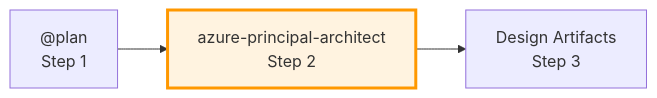
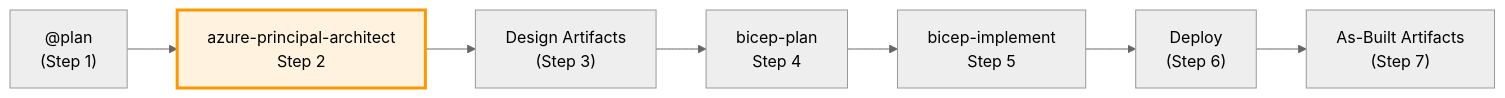
The diagram in .github/agents/azure-principal-architect.agent.md (jonathan-vella/azure-agentic-infraops), drawn with Mermaid before and after one commit. The commit also changed other lines of this file and 5 other files, not shown here.

````diff
--- a/.github/agents/azure-principal-architect.agent.md
+++ b/.github/agents/azure-principal-architect.agent.md
@@ -79,6 +285,11 @@
 ```mermaid
+%%{init: {'theme':'neutral'}}%%
 graph LR
-    P["@plan<br/>Step 1"] --> A[azure-principal-architect<br/>Step 2]
-    A --> D["Design Artifacts<br/>Step 3"]
+    P["@plan<br/>(Step 1)"] --> A[azure-principal-architect<br/>Step 2]
+    A --> D["Design Artifacts<br/>(Step 3)"]
+    D --> B[bicep-plan<br/>Step 4]
+    B --> I[bicep-implement<br/>Step 5]
+    I --> DEP["Deploy<br/>(Step 6)"]
+    DEP --> F["As-Built Artifacts<br/>(Step 7)"]
     style A fill:#fff3e0,stroke:#ff9800,stroke-width:3px
 ```
````
